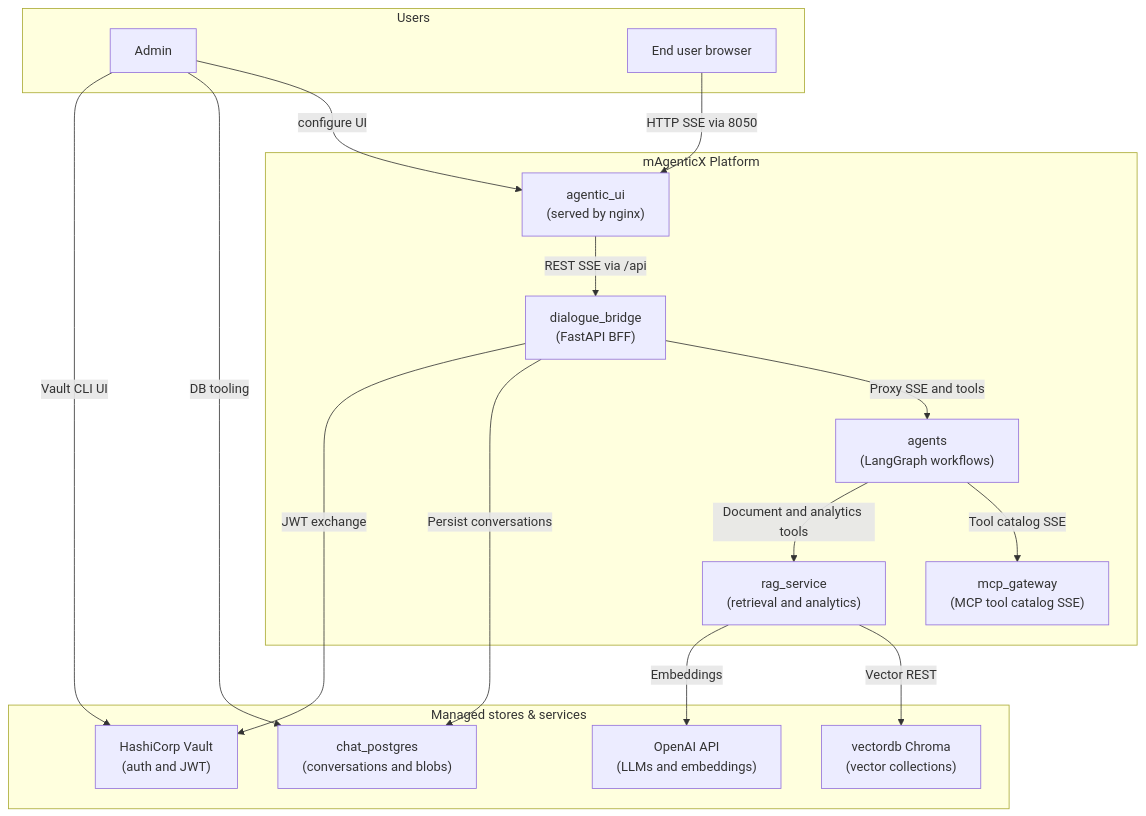
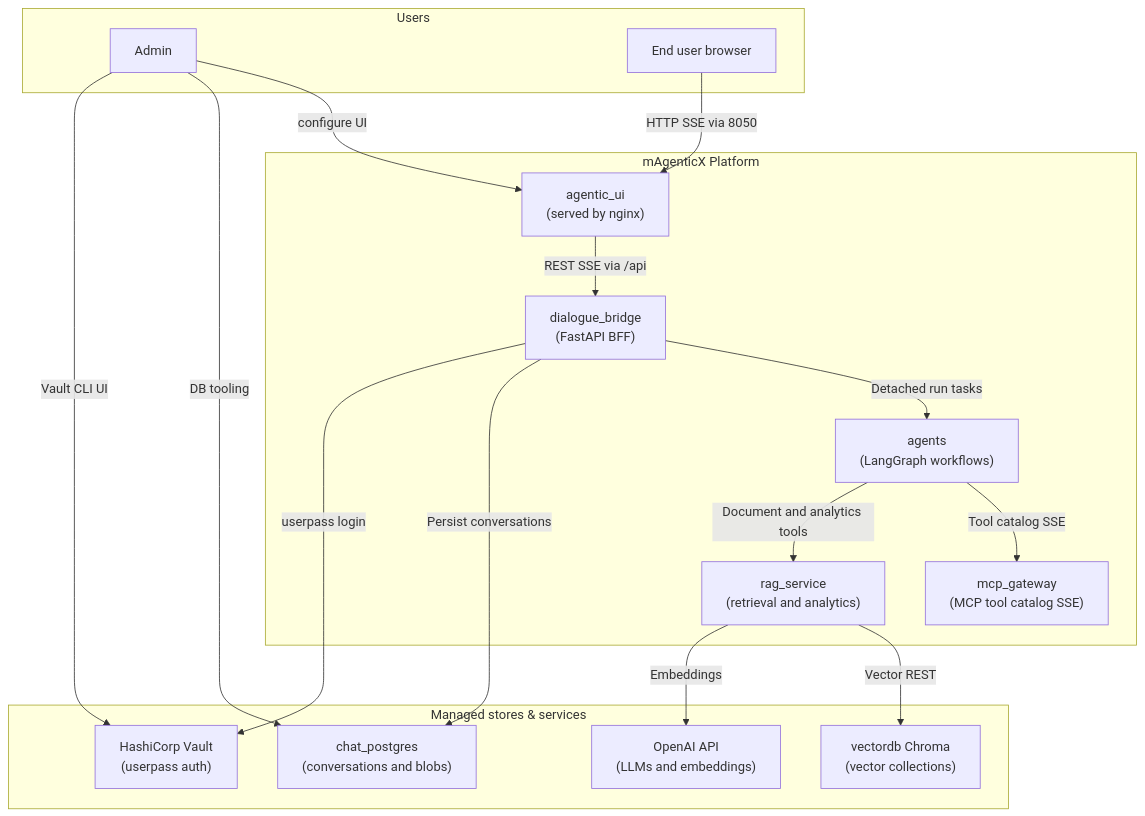
The seventh of 9 diagrams in README.md (konstantinosmpouros/mAgenticX), drawn with Mermaid before and after one commit. The commit also changed other lines of this file and 9 other files, not shown here.

````diff
--- a/README.md
+++ b/README.md
@@ -314,35 +314,35 @@
 ```mermaid
 flowchart TB
     subgraph Users["Users"]
         Admin["Admin"]
         Browser["End user browser"]
     end
 
     subgraph Platform["mAgenticX Platform"]
         UI["agentic_ui\n(served by nginx)"]
         Bridge["dialogue_bridge\n(FastAPI BFF)"]
         Agents["agents\n(LangGraph workflows)"]
         MCP["mcp_gateway\n(MCP tool catalog SSE)"]
         RAG["rag_service\n(retrieval and analytics)"]
     end
 
     subgraph Stores["Managed stores & services"]
         PG["chat_postgres\n(conversations and blobs)"]
-        Vault["HashiCorp Vault\n(auth and JWT)"]
+        Vault["HashiCorp Vault\n(userpass auth)"]
         Chroma["vectordb Chroma\n(vector collections)"]
         OpenAI["OpenAI API\n(LLMs and embeddings)"]
     end
 
     Admin -->|"configure UI"| UI
     Browser -->|"HTTP SSE via 8050"| UI
     UI -->|"REST SSE via /api"| Bridge
-    Bridge -->|"Proxy SSE and tools"| Agents
+    Bridge -->|"Detached run tasks"| Agents
     Agents -->|"Tool catalog SSE"| MCP
     Bridge -->|"Persist conversations"| PG
-    Bridge -->|"JWT exchange"| Vault
+    Bridge -->|"userpass login"| Vault
     Agents -->|"Document and analytics tools"| RAG
     RAG -->|"Vector REST"| Chroma
     RAG -->|"Embeddings"| OpenAI
     Admin -->|"DB tooling"| PG
     Admin -->|"Vault CLI UI"| Vault
 ```
````
